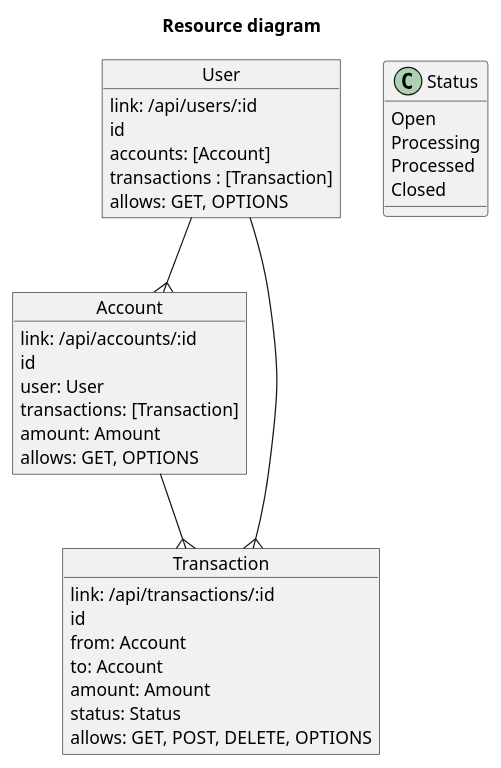
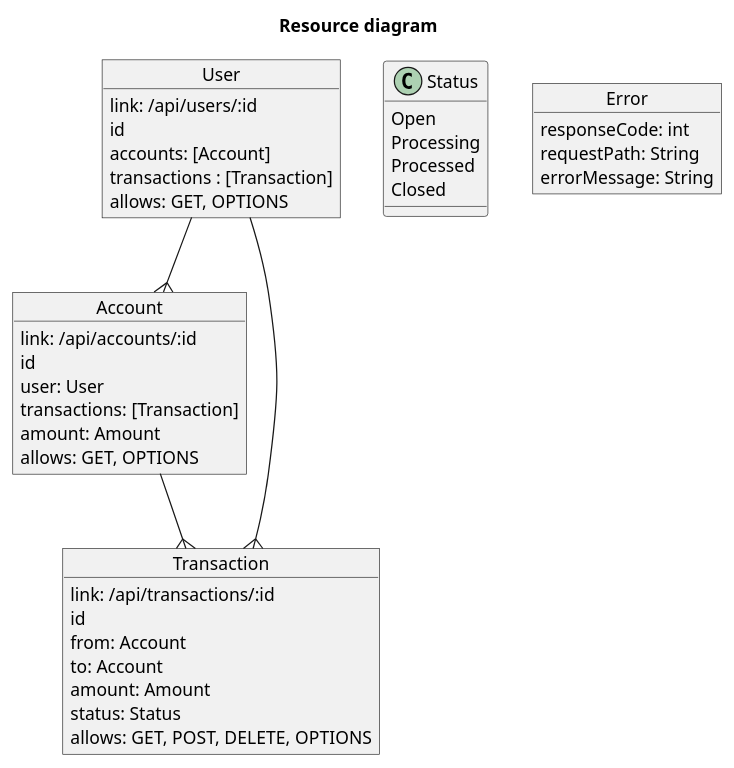
One commit to aardvark/restfull-payments changed the diagram in doc/erd.puml. Above: the diagram before and after it, drawn with PlantUML. The commit also changed 11 other files, not shown here.

```diff
--- a/doc/erd.puml
+++ b/doc/erd.puml
@@ -1,44 +1,49 @@
 @startuml
 title  Resource diagram
 
 object User {
   link: /api/users/:id
   id
   accounts: [Account]
   transactions : [Transaction]
   allows: GET, OPTIONS
 }
 
 
 object Account {
   link: /api/accounts/:id
   id
   user: User
   transactions: [Transaction]
   amount: Amount
   allows: GET, OPTIONS
 }
 
 object Transaction {
   link: /api/transactions/:id
   id
   from: Account
   to: Account
   amount: Amount
   status: Status
   allows: GET, POST, DELETE, OPTIONS
 }
 
-User --{ Account
-User --{ Transaction
-
-Account --{ Transaction
-
 class Status {
   Open
   Processing
   Processed
   Closed
 }
 
+User --{ Account
+User --{ Transaction
+
+Account --{ Transaction
+
+object Error {
+  responseCode: int
+  requestPath: String
+  errorMessage: String
+}
 @enduml
```
